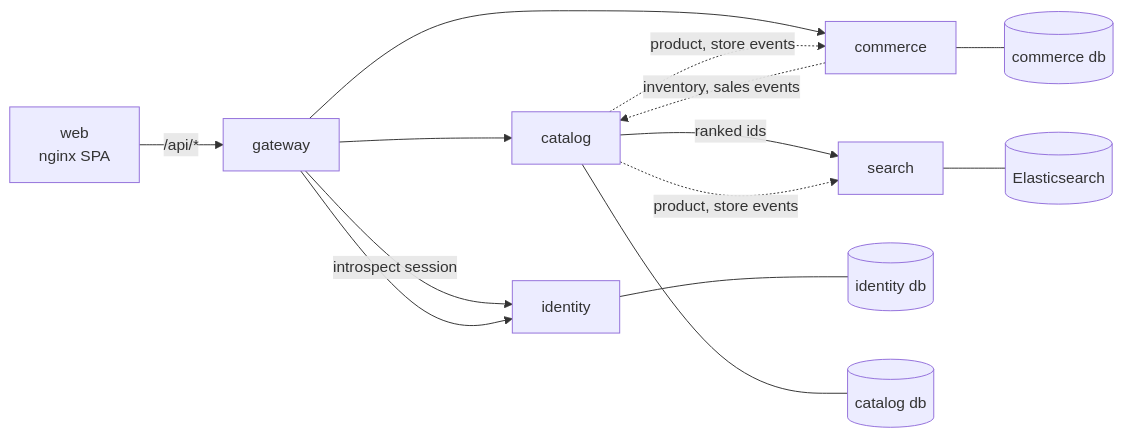
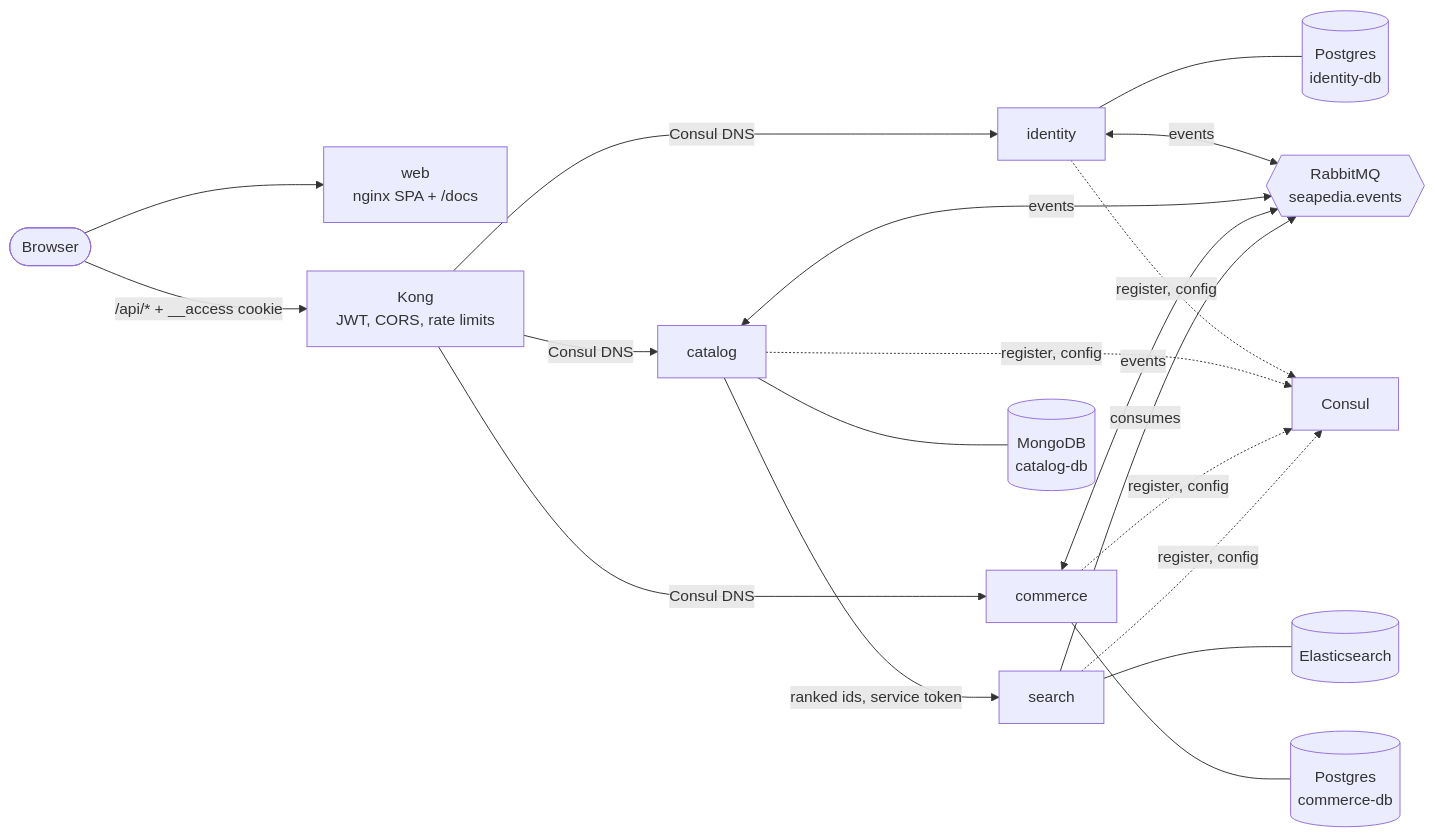
One commit to sayyidrafeed/Seapedia changed the diagram in docs/architecture/overview.md. Above: the diagram before and after it, drawn with Mermaid. The commit also changed other lines of this file and 26 other files, not shown here.

Commit message:
docs: describe kong, rabbitmq choreography, polyglot stores and consul

````diff
--- a/docs/architecture/overview.md
+++ b/docs/architecture/overview.md
@@ -7,16 +7,14 @@
 ```mermaid
 flowchart LR
-  web[web<br/>nginx SPA] -->|/api/*| gw[gateway]
-  gw -->|introspect session| id[identity]
-  gw --> id
-  gw --> cat[catalog]
-  gw --> com[commerce]
-  cat -->|ranked ids| se[search]
-  id --- idb[(identity db)]
-  cat --- cdb[(catalog db)]
-  com --- mdb[(commerce db)]
+  user([Browser]) --> web[web<br/>nginx SPA + /docs]
+  user -->|/api/* + __access cookie| kong[Kong<br/>JWT, CORS, rate limits]
+  kong -->|Consul DNS| id[identity] & cat[catalog] & com[commerce]
+  cat -->|ranked ids, service token| se[search]
+  id --- idb[(Postgres<br/>identity-db)]
+  cat --- cdb[(MongoDB<br/>catalog-db)]
+  com --- mdb[(Postgres<br/>commerce-db)]
   se --- es[(Elasticsearch)]
-  cat -. product, store events .-> com
-  cat -. product, store events .-> se
-  com -. inventory, sales events .-> cat
+  id & cat & com <-->|events| mq{{RabbitMQ<br/>seapedia.events}}
+  se -->|consumes| mq
+  id & cat & com & se -.->|register, config| consul[Consul]
 ```
````
